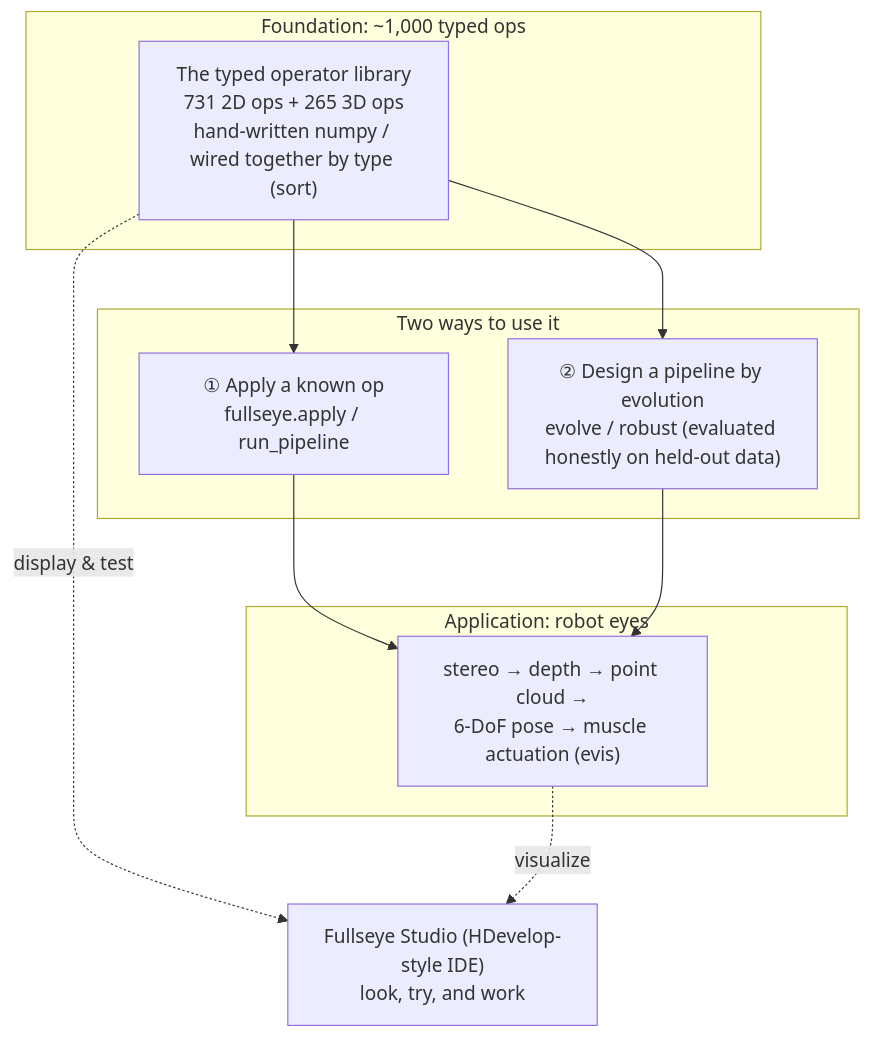
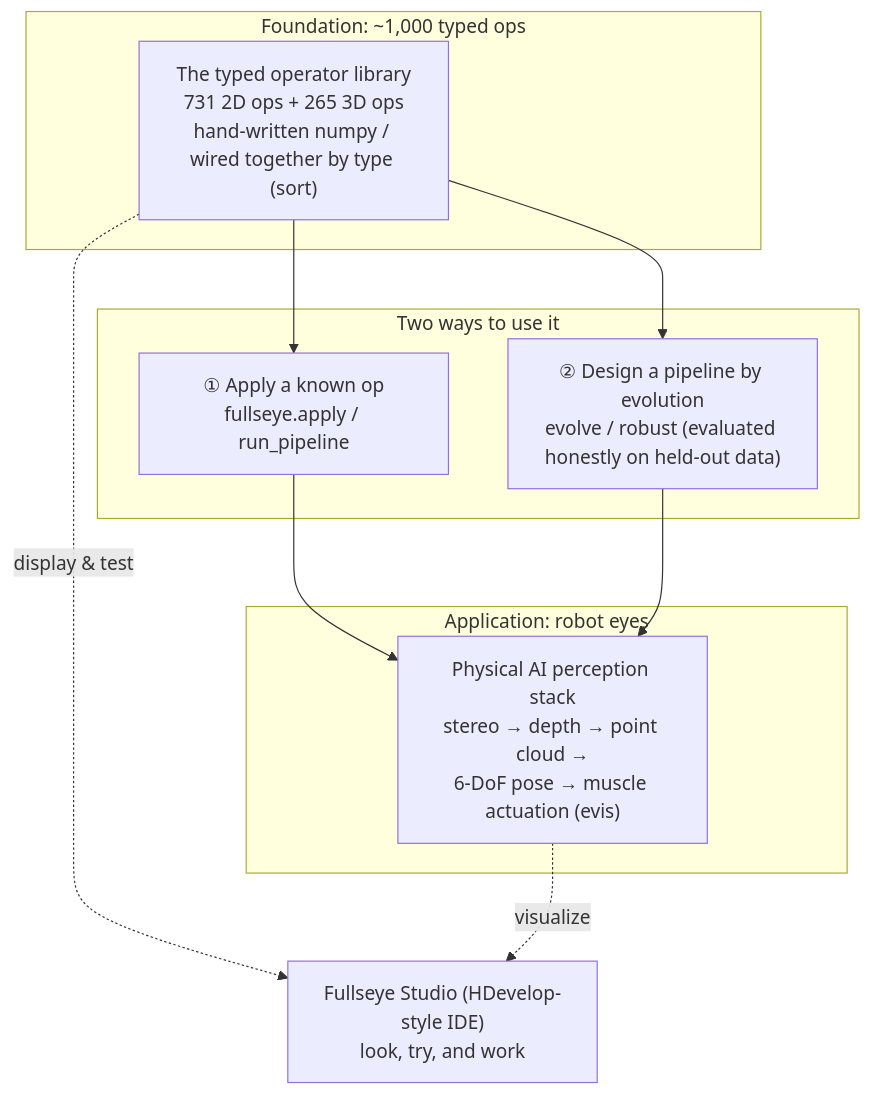
Before and after one commit to furuse-kazufumi/fullseye: the first of 3 diagrams in docs/articles/fullseye_overview_qiita_en.md, drawn with Mermaid.

Commit message:
article: mermaid全体図のsubgraphタイトル切れ修正 — 枠幅で切り詰められるためタイトルを短縮し詳細はノード側へ(ja/en)
Claude-Session: https://claude.ai/code/session_017NNFiEf6BurCoSMsQV4M6t

````diff
--- a/docs/articles/fullseye_overview_qiita_en.md
+++ b/docs/articles/fullseye_overview_qiita_en.md
@@ -150,19 +150,19 @@
 ```mermaid
 flowchart TB
     subgraph L0["Foundation: ~1,000 typed ops"]
         OPS["The typed operator library<br/>731 2D ops + 265 3D ops<br/>hand-written numpy / wired together by type (sort)"]
     end
     subgraph L1["Two ways to use it"]
         APPLY["① Apply a known op<br/>fullseye.apply / run_pipeline"]
         EVO["② Design a pipeline by evolution<br/>evolve / robust (evaluated honestly on held-out data)"]
     end
     subgraph L2["Application: robot eyes"]
-        PERC["stereo → depth → point cloud →<br/>6-DoF pose → muscle actuation (evis)"]
+        PERC["Physical AI perception stack<br/>stereo → depth → point cloud →<br/>6-DoF pose → muscle actuation (evis)"]
     end
     STUDIO["Fullseye Studio (HDevelop-style IDE)<br/>look, try, and work"]
 
     OPS --> APPLY --> PERC
     OPS --> EVO --> PERC
     OPS -.display & test.-> STUDIO
     PERC -.visualize.-> STUDIO
 ```
````
